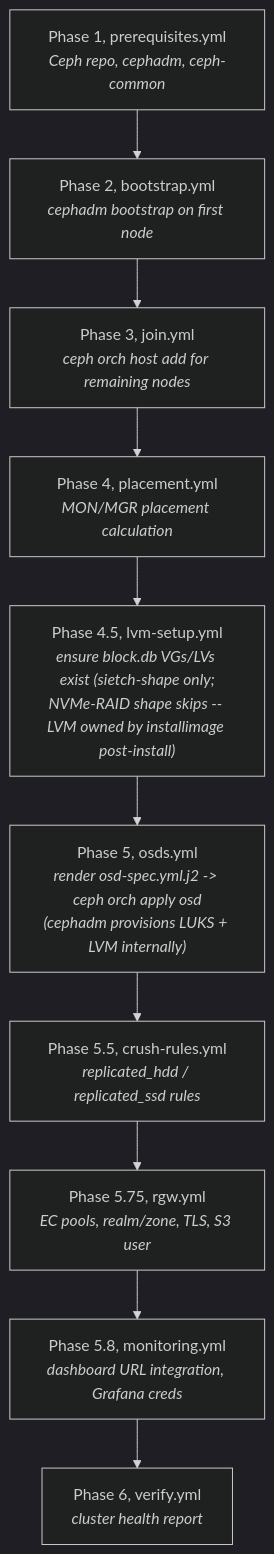
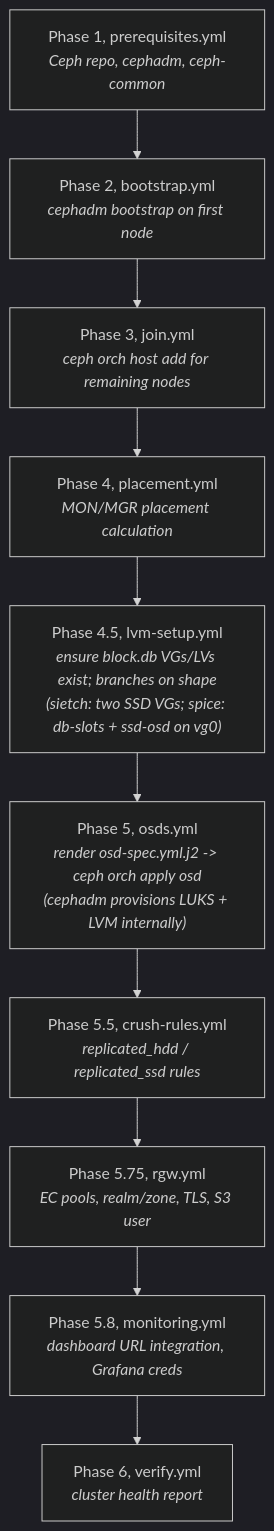
One commit to immich-app/yucca changed the fourth of 11 diagrams in ansible/ceph/docs/architecture.md. Above: the diagram before and after it, drawn with Mermaid (dark theme). The commit also changed other lines of this file and 4 other files, not shown here.

Commit message:
docs(ceph): cover spice alongside sietch in the ceph docs

````diff
--- a/ansible/ceph/docs/architecture.md
+++ b/ansible/ceph/docs/architecture.md
@@ -398,15 +479,15 @@
 ```mermaid
 flowchart TB
     P1["Phase 1, prerequisites.yml<br/><i>Ceph repo, cephadm, ceph-common</i>"]
     P2["Phase 2, bootstrap.yml<br/><i>cephadm bootstrap on first node</i>"]
     P3["Phase 3, join.yml<br/><i>ceph orch host add for remaining nodes</i>"]
     P4["Phase 4, placement.yml<br/><i>MON/MGR placement calculation</i>"]
-    P45["Phase 4.5, lvm-setup.yml<br/><i>ensure block.db VGs/LVs exist (sietch-shape only;<br/>NVMe-RAID shape skips -- LVM owned by installimage post-install)</i>"]
+    P45["Phase 4.5, lvm-setup.yml<br/><i>ensure block.db VGs/LVs exist; branches on shape<br/>(sietch: two SSD VGs; spice: db-slots + ssd-osd on vg0)</i>"]
     P5["Phase 5, osds.yml<br/><i>render osd-spec.yml.j2 -> ceph orch apply osd<br/>(cephadm provisions LUKS + LVM internally)</i>"]
     P55["Phase 5.5, crush-rules.yml<br/><i>replicated_hdd / replicated_ssd rules</i>"]
     P575["Phase 5.75, rgw.yml<br/><i>EC pools, realm/zone, TLS, S3 user</i>"]
     P58["Phase 5.8, monitoring.yml<br/><i>dashboard URL integration, Grafana creds</i>"]
     P6["Phase 6, verify.yml<br/><i>cluster health report</i>"]
 
     P1 --> P2 --> P3 --> P4 --> P45 --> P5 --> P55 --> P575 --> P58 --> P6
 ```
````
